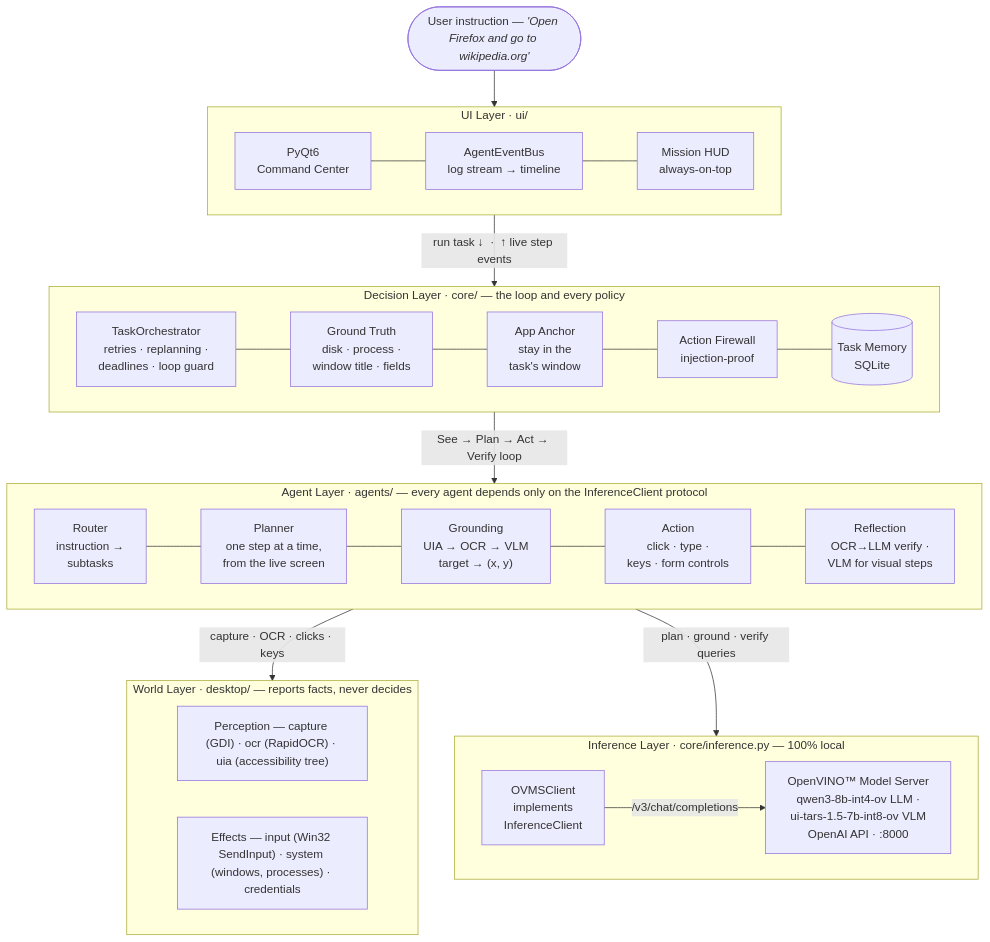
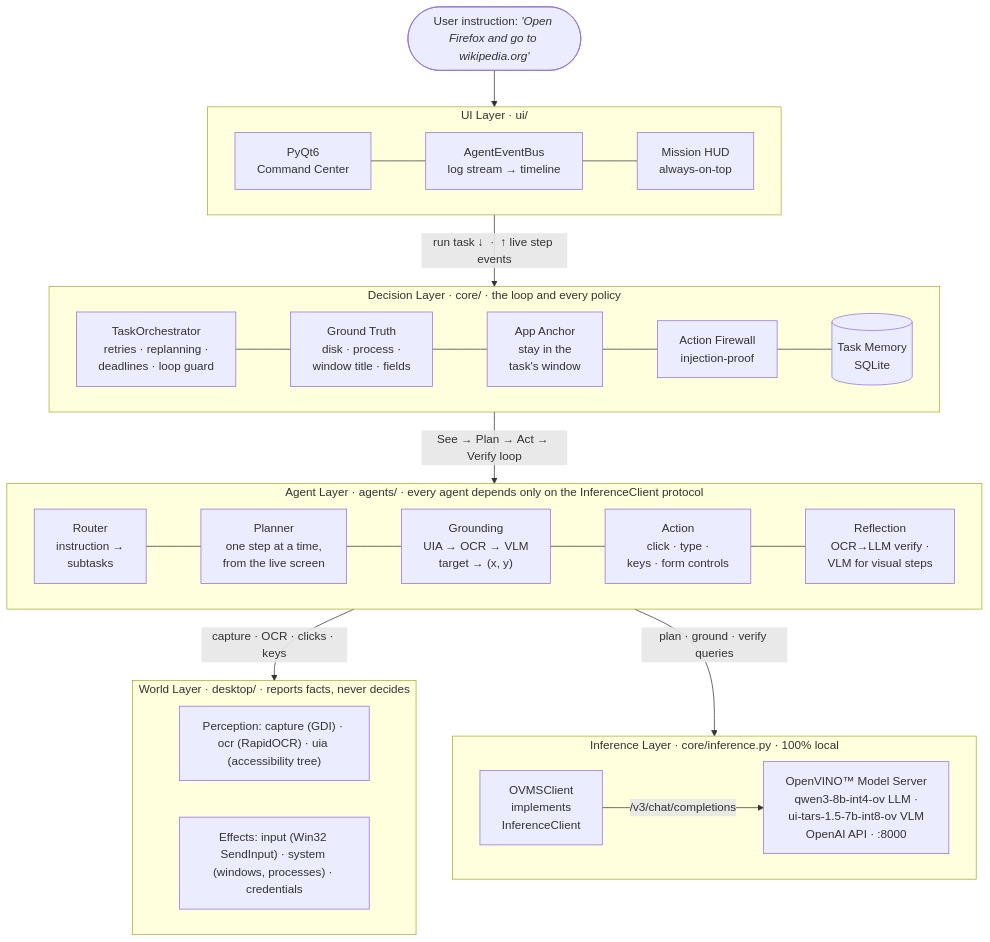
The diagram in README.md (Shehrozkashif/OpenVINO-Autonomous-GUI-Agent), drawn with Mermaid before and after one commit. The commit also changed other lines of this file and 4 other files, not shown here.

````diff
--- a/README.md
+++ b/README.md
@@ -92,51 +92,51 @@
 ```mermaid
 flowchart TB
-    USER(["User instruction — <i>'Open Firefox and go to wikipedia.org'</i>"])
+    USER(["User instruction: <i>'Open Firefox and go to wikipedia.org'</i>"])
 
     subgraph UI_LAYER["&nbsp;UI Layer · ui/&nbsp;"]
         direction LR
         GUI["PyQt6<br/>Command Center"]
         EVBUS["AgentEventBus<br/>log stream → timeline"]
         HUD["Mission HUD<br/>always-on-top"]
         GUI --- EVBUS --- HUD
     end
 
-    subgraph ORCH_LAYER["&nbsp;Decision Layer · core/ — the loop and every policy&nbsp;"]
+    subgraph ORCH_LAYER["&nbsp;Decision Layer · core/ · the loop and every policy&nbsp;"]
         direction LR
         ORCH["TaskOrchestrator<br/>retries · replanning ·<br/>deadlines · loop guard"]
         TRUTH["Ground Truth<br/>disk · process ·<br/>window title · fields"]
         ANCHOR["App Anchor<br/>stay in the<br/>task's window"]
         FIREWALL["Action Firewall<br/>injection-proof"]
         MEMORY[("Task Memory<br/>SQLite")]
         ORCH --- TRUTH --- ANCHOR --- FIREWALL --- MEMORY
     end
 
-    subgraph AGENT_LAYER["&nbsp;Agent Layer · agents/ — every agent depends only on the InferenceClient protocol&nbsp;"]
+    subgraph AGENT_LAYER["&nbsp;Agent Layer · agents/ · every agent depends only on the InferenceClient protocol&nbsp;"]
         direction LR
         ROUTER["Router<br/>instruction →<br/>subtasks"]
         PLANNER["Planner<br/>one step at a time,<br/>from the live screen"]
         GROUND["Grounding<br/>UIA → OCR → VLM<br/>target → (x, y)"]
         ACTION["Action<br/>click · type ·<br/>keys · form controls"]
         REFLECT["Reflection<br/>OCR→LLM verify ·<br/>VLM for visual steps"]
         ROUTER --- PLANNER --- GROUND --- ACTION --- REFLECT
     end
 
-    subgraph PLATFORM_LAYER["&nbsp;World Layer · desktop/ — reports facts, never decides&nbsp;"]
+    subgraph PLATFORM_LAYER["&nbsp;World Layer · desktop/ · reports facts, never decides&nbsp;"]
         direction LR
-        PERCEPTION["Perception — capture (GDI) · ocr (RapidOCR) · uia (accessibility tree)"]
-        INPUT["Effects — input (Win32 SendInput) · system (windows, processes) · credentials"]
+        PERCEPTION["Perception: capture (GDI) · ocr (RapidOCR) · uia (accessibility tree)"]
+        INPUT["Effects: input (Win32 SendInput) · system (windows, processes) · credentials"]
     end
 
-    subgraph INFER_LAYER["&nbsp;Inference Layer · core/inference.py — 100% local&nbsp;"]
+    subgraph INFER_LAYER["&nbsp;Inference Layer · core/inference.py · 100% local&nbsp;"]
         direction LR
         CLIENT["OVMSClient<br/>implements<br/>InferenceClient"]
         OVMS["OpenVINO™ Model Server<br/>qwen3-8b-int4-ov LLM ·<br/>ui-tars-1.5-7b-int8-ov VLM<br/>OpenAI API · :8000"]
         CLIENT -- "/v3/chat/completions" --> OVMS
     end
 
     USER --> UI_LAYER
     UI_LAYER -- "run task ↓ &nbsp;·&nbsp; ↑ live step events" --> ORCH_LAYER
     ORCH_LAYER -- "See → Plan → Act → Verify loop" --> AGENT_LAYER
     AGENT_LAYER -- "capture · OCR · clicks · keys" --> PLATFORM_LAYER
     AGENT_LAYER -- "plan · ground · verify queries" --> INFER_LAYER
 ```
````
